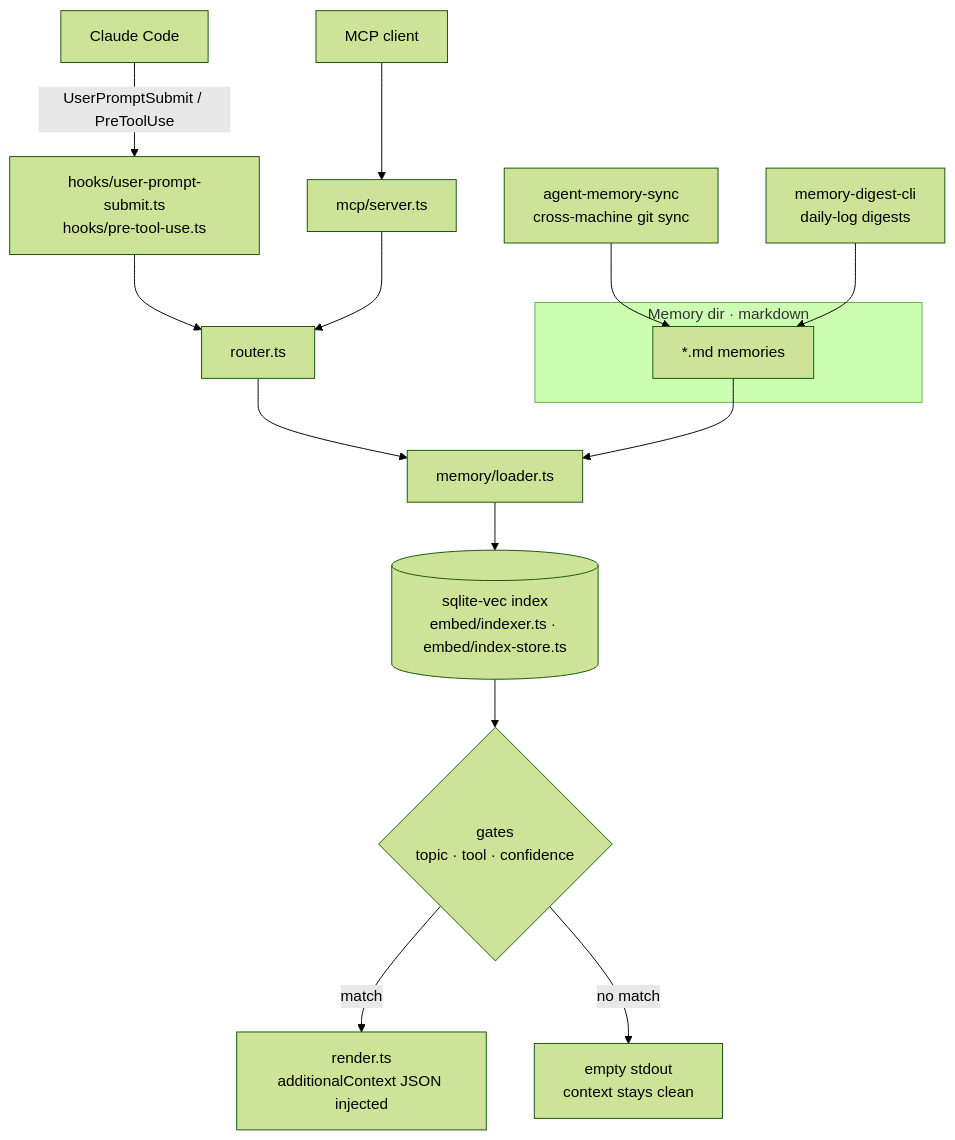
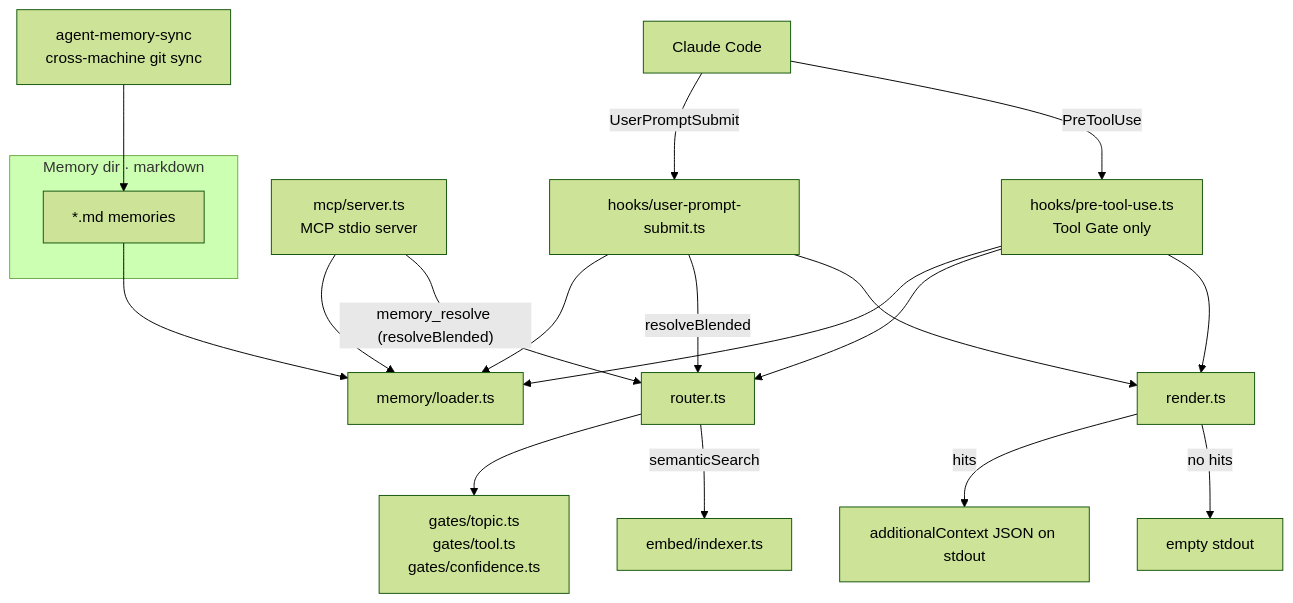
One commit to LanNguyenSi/agent-memory changed the first of 2 diagrams in README.md. Above: the diagram before and after it, drawn with Mermaid (forest theme). The commit also changed other lines of this file and 19 other files, not shown here.

First line of the commit message:
docs: correct agent-memory-sync, memory-router and repository docs against the code (#172)

````diff
--- a/README.md
+++ b/README.md
@@ -9,20 +11,24 @@
 ```mermaid
 flowchart TD
-    cc["Claude Code"] -->|"UserPromptSubmit / PreToolUse"| hook["hooks/user-prompt-submit.ts<br/>hooks/pre-tool-use.ts"]
-    mcpc["MCP client"] --> mcp["mcp/server.ts"]
-    hook --> router["router.ts"]
-    mcp --> router
-
+    sync["agent-memory-sync<br/>cross-machine git sync"] --> files
     subgraph corpus["Memory dir · markdown"]
         files["*.md memories"]
     end
-    sync["agent-memory-sync<br/>cross-machine git sync"] --> files
-    digest["memory-digest-cli<br/>daily-log digests"] --> files
+    files --> loader["memory/loader.ts"]
+    mcp["mcp/server.ts<br/>MCP stdio server"] --> loader
+    ups["hooks/user-prompt-submit.ts"] --> loader
+    ptu["hooks/pre-tool-use.ts<br/>Tool Gate only"] --> loader
+    cc["Claude Code"] -->|UserPromptSubmit| ups
+    cc -->|PreToolUse| ptu
 
-    router --> loader["memory/loader.ts"]
-    files --> loader
-    loader --> store[("sqlite-vec index<br/>embed/indexer.ts · embed/index-store.ts")]
-    store --> gates{"gates<br/>topic · tool · confidence"}
-    gates -->|match| render["render.ts<br/>additionalContext JSON injected"]
-    gates -->|no match| empty["empty stdout<br/>context stays clean"]
+    ups -->|resolveBlended| router["router.ts"]
+    ptu --> router
+    mcp -->|"memory_resolve (resolveBlended)"| router
+    router --> gates["gates/topic.ts<br/>gates/tool.ts<br/>gates/confidence.ts"]
+    router -->|semanticSearch| indexer["embed/indexer.ts"]
+
+    ups --> render["render.ts"]
+    ptu --> render
+    render -->|hits| out["additionalContext JSON on stdout"]
+    render -->|no hits| empty["empty stdout"]
 ```
````
